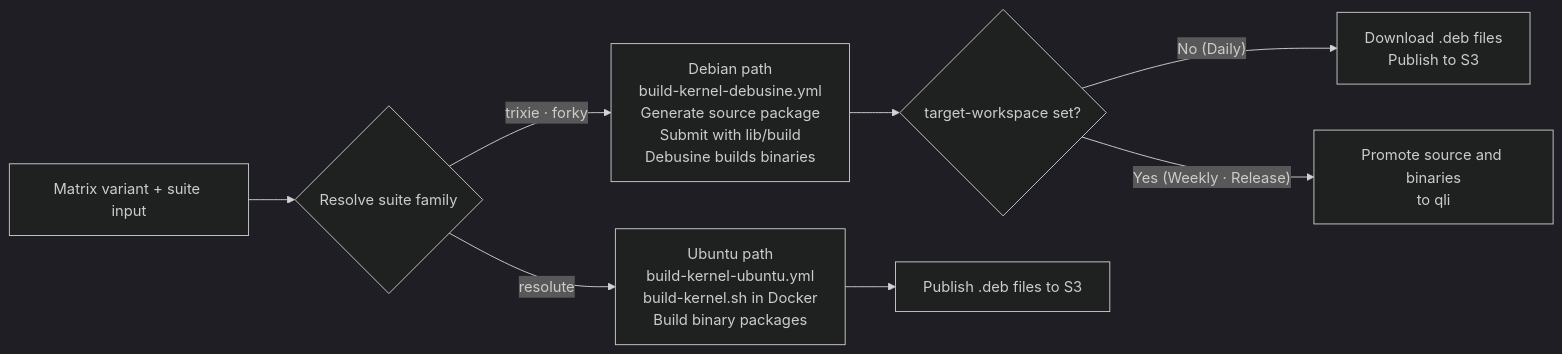
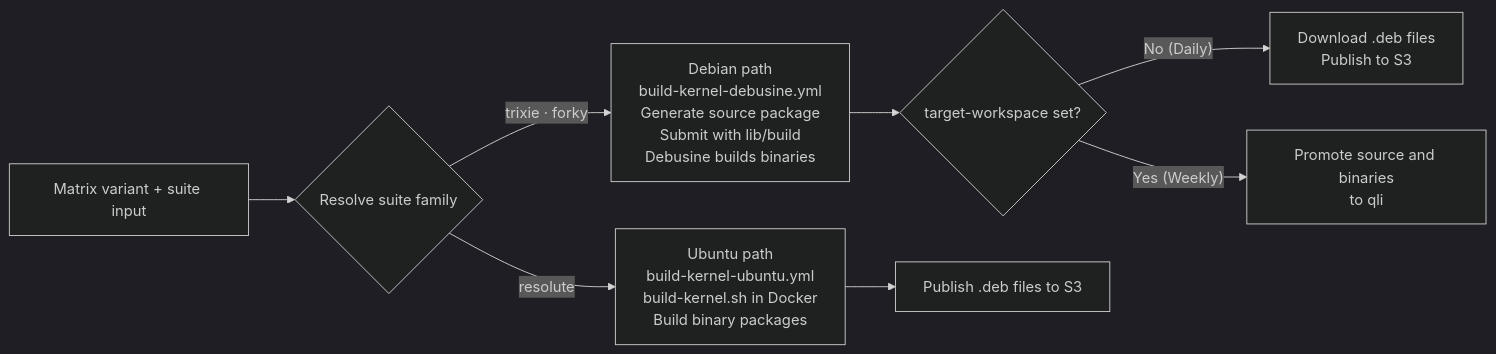
The first of 6 diagrams in README.md (qualcomm-linux/pkg-linux-qcom), drawn with Mermaid (dark theme) before and after one commit. The commit also changed other lines of this file and 7 other files, not shown here.

````diff
--- a/README.md
+++ b/README.md
@@ -292,12 +272,12 @@
 ```mermaid
 flowchart LR
     IN["Matrix variant + suite input"] --> R{"Resolve suite family"}
 
     R -->|"trixie · forky"| DEB["Debian path\nbuild-kernel-debusine.yml\nGenerate source package\nSubmit with lib/build\nDebusine builds binaries"]
     R -->|"resolute"| UBU["Ubuntu path\nbuild-kernel-ubuntu.yml\nbuild-kernel.sh in Docker\nBuild binary packages"]
 
     DEB --> DOUT{"target-workspace set?"}
     DOUT -->|"No (Daily)"| S3["Download .deb files\nPublish to S3"]
-    DOUT -->|"Yes (Weekly · Release)"| QLI["Promote source and binaries\nto qli"]
+    DOUT -->|"Yes (Weekly)"| QLI["Promote source and binaries\nto qli"]
     UBU --> US3["Publish .deb files to S3"]
 ```
````
